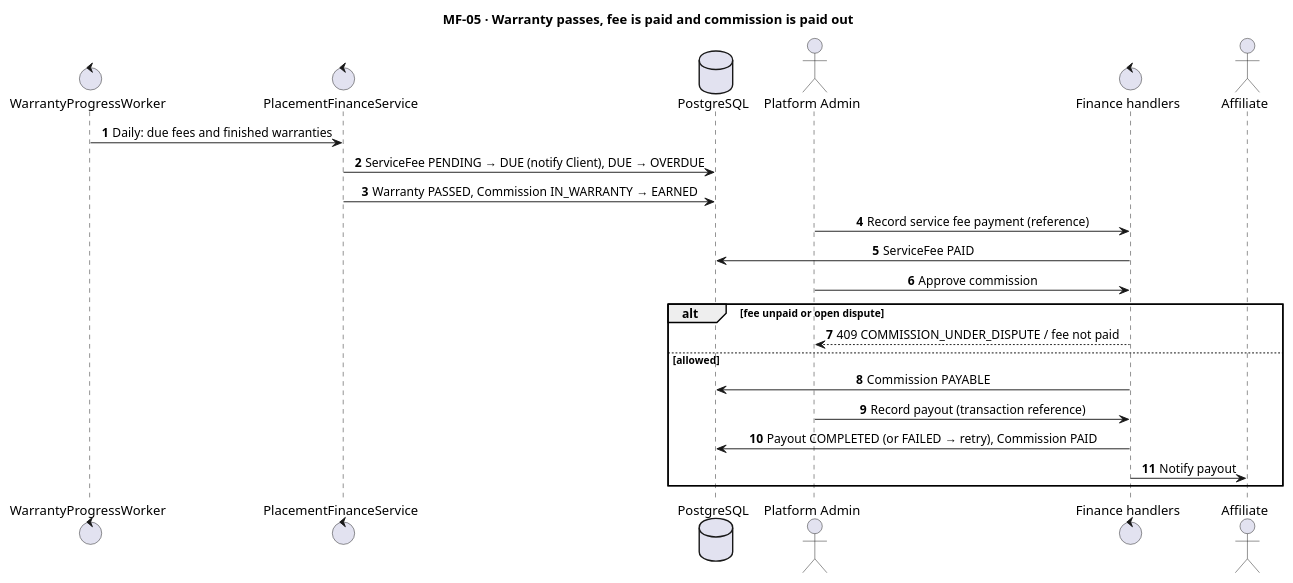
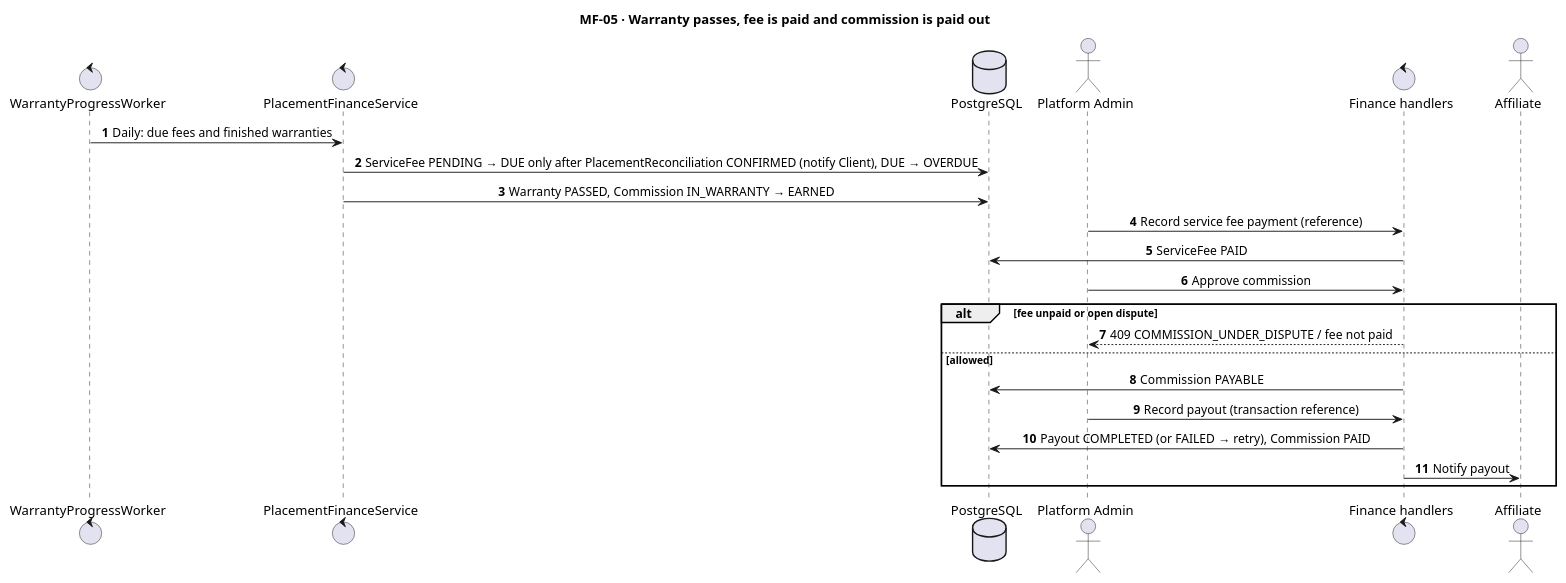
One commit to hoangqui794/hr-connect changed the diagram in docs/diagrams/sequences/source/seq-mf05-warranty-fee-commission.puml. Above: the diagram before and after it, drawn with PlantUML. The commit also changed 20 other files, not shown here.

First line of the commit message:
docs(diagrams): add placement reconciliation to MF-04/MF-05 diagrams and Report 4

```diff
--- a/docs/diagrams/sequences/source/seq-mf05-warranty-fee-commission.puml
+++ b/docs/diagrams/sequences/source/seq-mf05-warranty-fee-commission.puml
@@ -1,25 +1,25 @@
 @startuml seq-mf05-warranty-fee-commission
 autonumber
 skinparam sequenceMessageAlign center
 title MF-05 · Warranty passes, fee is paid and commission is paid out
 control "WarrantyProgressWorker" as W
 control "PlacementFinanceService" as F
 database "PostgreSQL" as DB
 actor "Platform Admin" as AD
 control "Finance handlers" as H
 actor "Affiliate" as AF
 W -> F : Daily: due fees and finished warranties
-F -> DB : ServiceFee PENDING → DUE (notify Client), DUE → OVERDUE
+F -> DB : ServiceFee PENDING → DUE only after PlacementReconciliation CONFIRMED (notify Client), DUE → OVERDUE
 F -> DB : Warranty PASSED, Commission IN_WARRANTY → EARNED
 AD -> H : Record service fee payment (reference)
 H -> DB : ServiceFee PAID
 AD -> H : Approve commission
 alt fee unpaid or open dispute
 H --> AD : 409 COMMISSION_UNDER_DISPUTE / fee not paid
 else allowed
 H -> DB : Commission PAYABLE
 AD -> H : Record payout (transaction reference)
 H -> DB : Payout COMPLETED (or FAILED → retry), Commission PAID
 H -> AF : Notify payout
 end
 @enduml
```
